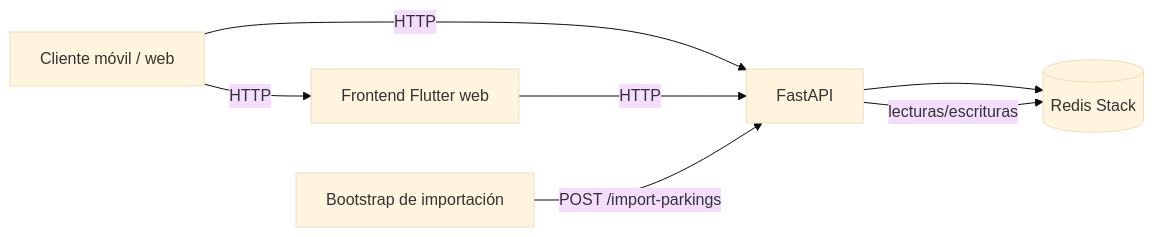
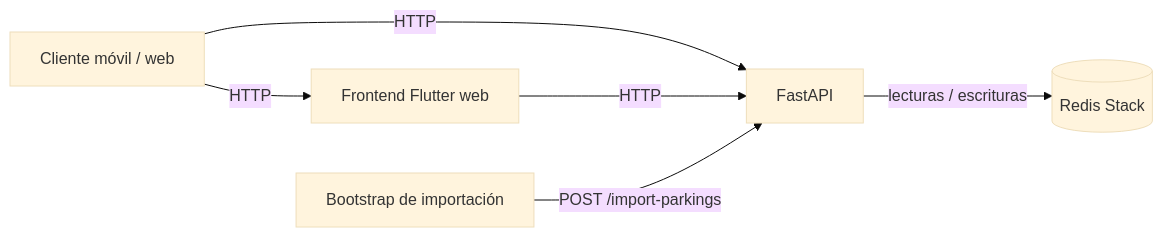
Before and after one commit to cesarsm24/AparCaceres: the diagram in docs/architecture.md, drawn with Mermaid (base theme). The commit also changed other lines of this file and 9 other files, not shown here.

````diff
--- a/docs/architecture.md
+++ b/docs/architecture.md
@@ -24,9 +30,8 @@
 ```mermaid
 flowchart LR
     U[Cliente móvil / web] -->|HTTP| W[Frontend Flutter web]
     U -->|HTTP| A[FastAPI]
     W -->|HTTP| A
-    A --> R[(Redis Stack)]
+    A -->|lecturas / escrituras| R[(Redis Stack)]
     B[Bootstrap de importación] -->|POST /import-parkings| A
-    A -->|lecturas/escrituras| R
 ```
````
